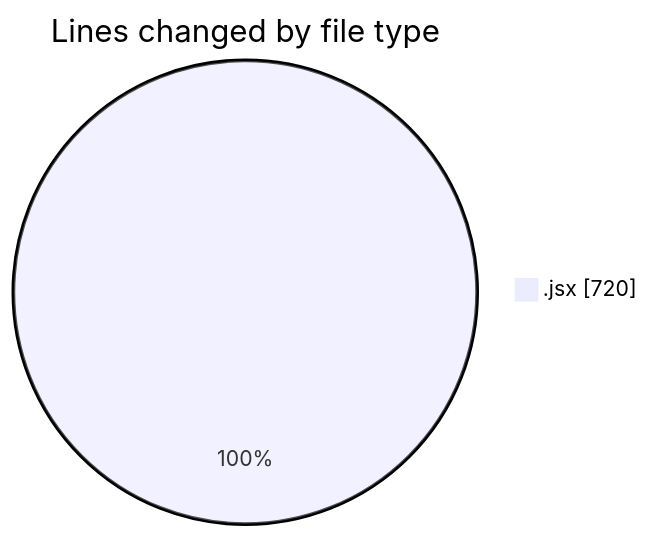
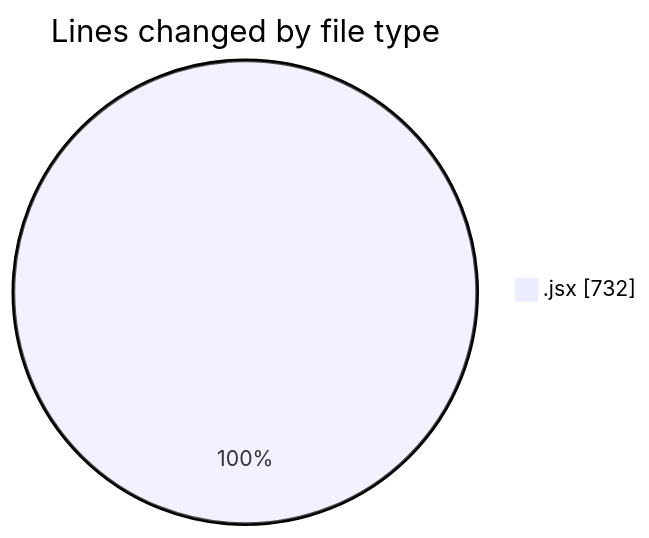
One commit to nxtqubesakshisongat/code-tracking changed the first of 2 diagrams in 2025-05-09/argos-dev/README.md. Above: the diagram before and after it, drawn with Mermaid. The commit also changed other lines of this file and 1 other file, not shown here.

````diff
--- a/2025-05-09/argos-dev/README.md
+++ b/2025-05-09/argos-dev/README.md
@@ -21,5 +21,5 @@
 ```mermaid
 pie showData
 title Lines changed by file type
-".jsx" : 720
+".jsx" : 732
 ```
````
